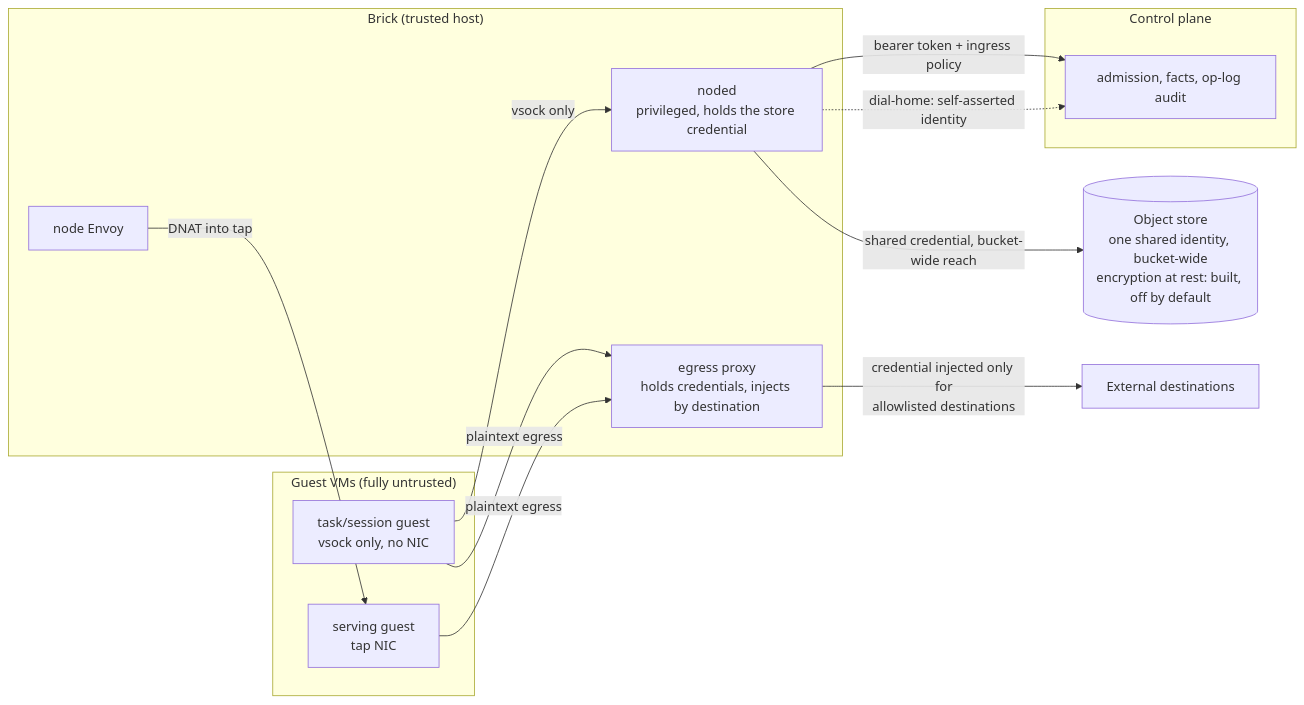
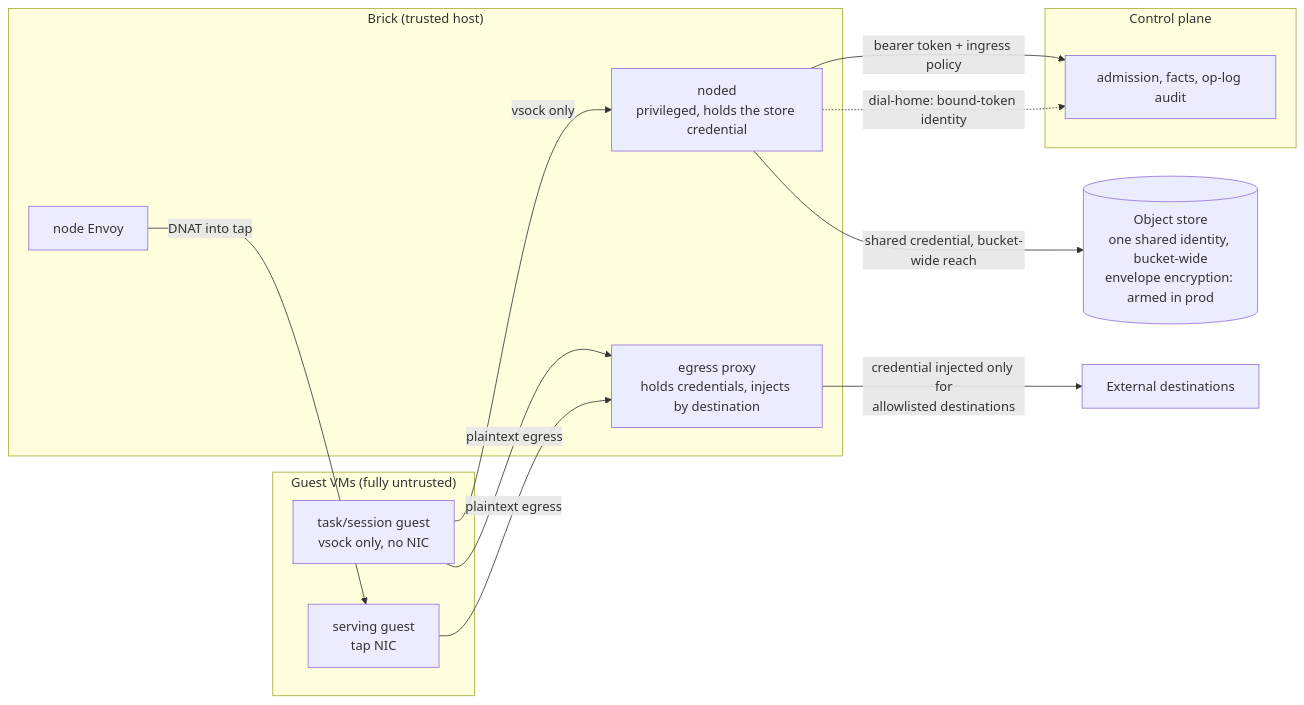
Before and after one commit to jomcgi-org/homelab: the diagram in projects/embervm/THREAT-MODEL.md, drawn with Mermaid. The commit also changed other lines of this file and 2 other files, not shown here.

````diff
--- a/projects/embervm/THREAT-MODEL.md
+++ b/projects/embervm/THREAT-MODEL.md
@@ -44,26 +46,26 @@
 ```mermaid
 graph LR
     subgraph vm ["Guest VMs (fully untrusted)"]
         G1["task/session guest<br/>vsock only, no NIC"]
         G2["serving guest<br/>tap NIC"]
     end
     subgraph brick ["Brick (trusted host)"]
         N["noded<br/>privileged, holds the store credential"]
         P["egress proxy<br/>holds credentials, injects by destination"]
         E["node Envoy"]
     end
     subgraph cp ["Control plane"]
         F["admission, facts, op-log audit"]
     end
-    S[("Object store<br/>one shared identity, bucket-wide<br/>encryption at rest: built, off by default")]
+    S[("Object store<br/>one shared identity, bucket-wide<br/>envelope encryption: armed in prod")]
     X["External destinations"]
 
     G1 -- "vsock only" --> N
     E -- "DNAT into tap" --> G2
     G1 -- "plaintext egress" --> P
     G2 -- "plaintext egress" --> P
     P -- "credential injected only for<br/>allowlisted destinations" --> X
     N -- "bearer token + ingress policy" --> F
     N -- "shared credential, bucket-wide reach" --> S
-    N -. "dial-home: self-asserted identity" .-> F
+    N -. "dial-home: bound-token identity" .-> F
 ```
````
